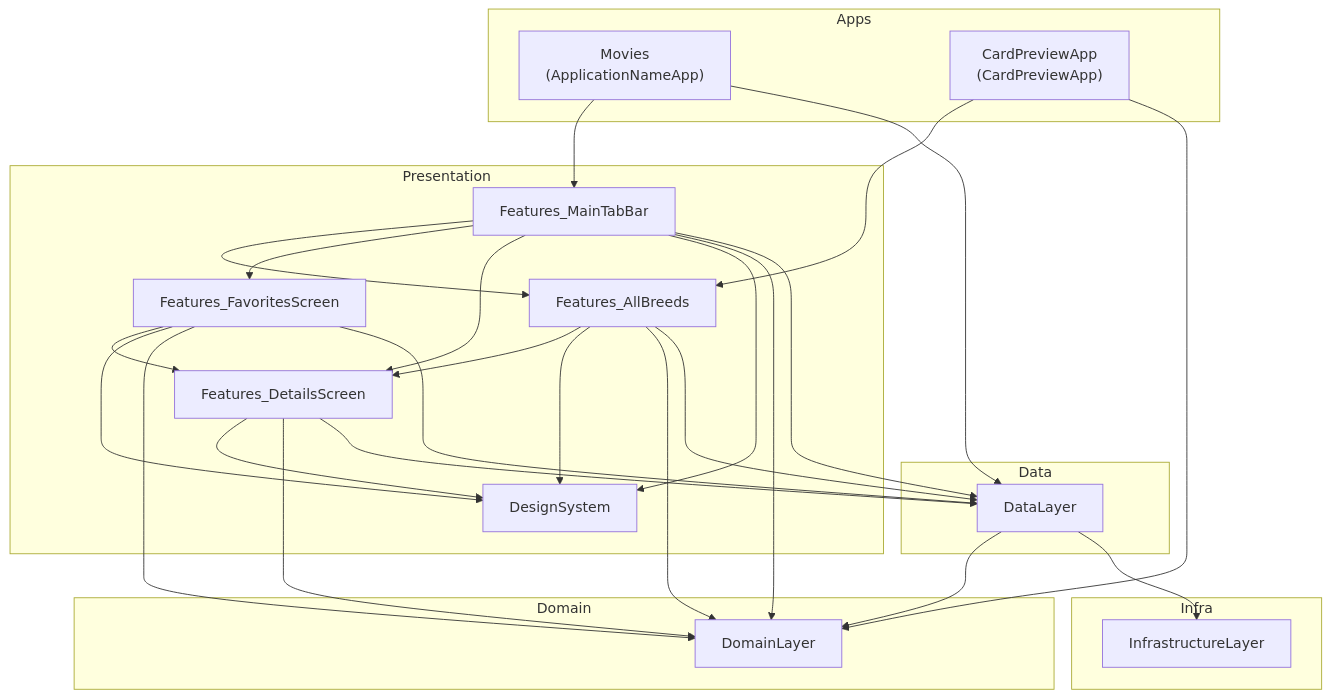
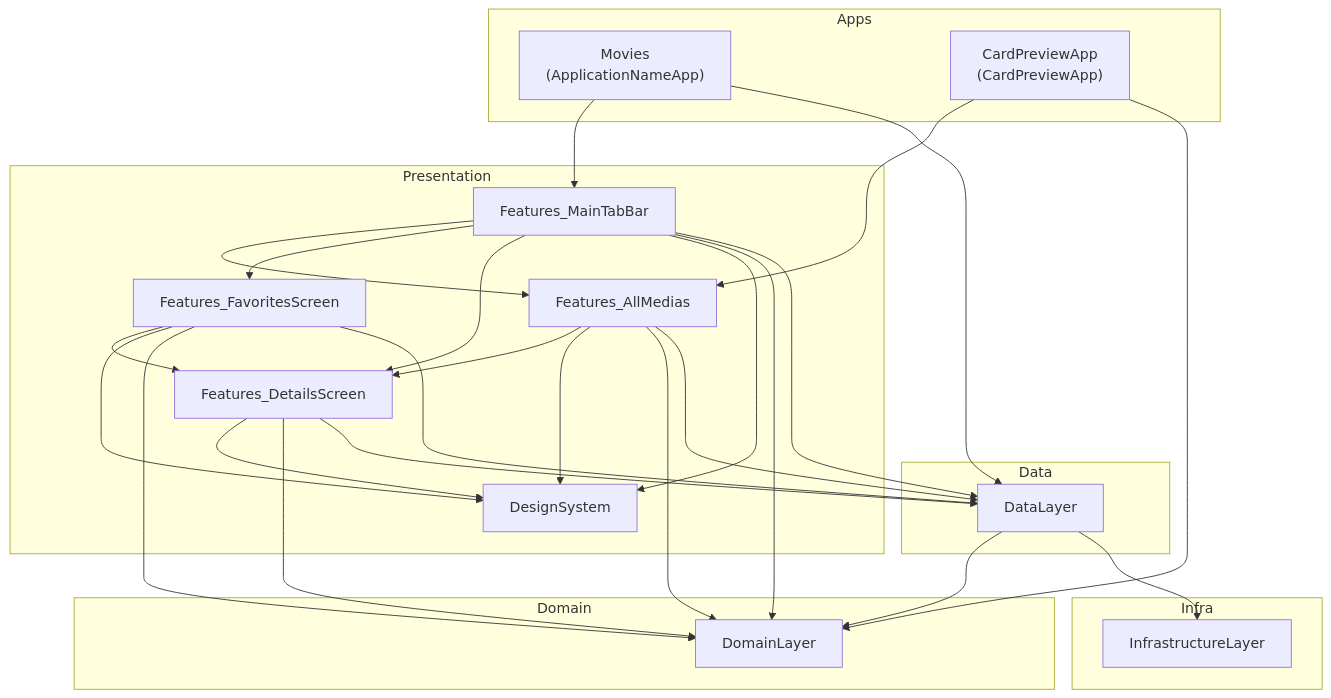
The first of 10 diagrams in docs/architecture.md (fuxlud/Movies), drawn with Mermaid before and after one commit. The commit also changed other lines of this file and 40 other files, not shown here.

````diff
--- a/docs/architecture.md
+++ b/docs/architecture.md
@@ -7,57 +7,57 @@
 ```mermaid
 flowchart TB
   subgraph Apps
     MainApp["Movies\n(ApplicationNameApp)"]
     PreviewApp["CardPreviewApp\n(CardPreviewApp)"]
   end
 
   subgraph Presentation
     DesignSystem["DesignSystem"]
-    AllBreeds["Features_AllBreeds"]
+    AllMedias["Features_AllMedias"]
     Details["Features_DetailsScreen"]
     Favorites["Features_FavoritesScreen"]
     MainTab["Features_MainTabBar"]
   end
 
   subgraph Domain
     DomainLayer["DomainLayer"]
   end
 
   subgraph Data
     DataLayer["DataLayer"]
   end
 
   subgraph Infra
     InfraLayer["InfrastructureLayer"]
   end
 
   MainApp --> MainTab
   MainApp --> DataLayer
 
-  PreviewApp --> AllBreeds
+  PreviewApp --> AllMedias
   PreviewApp --> DomainLayer
 
-  MainTab --> AllBreeds
+  MainTab --> AllMedias
   MainTab --> Favorites
   MainTab --> Details
   MainTab --> DesignSystem
   MainTab --> DomainLayer
   MainTab --> DataLayer
 
-  AllBreeds --> Details
-  AllBreeds --> DesignSystem
-  AllBreeds --> DomainLayer
-  AllBreeds --> DataLayer
+  AllMedias --> Details
+  AllMedias --> DesignSystem
+  AllMedias --> DomainLayer
+  AllMedias --> DataLayer
 
   Favorites --> Details
   Favorites --> DesignSystem
   Favorites --> DomainLayer
   Favorites --> DataLayer
 
   Details --> DesignSystem
   Details --> DomainLayer
   Details --> DataLayer
 
   DataLayer --> DomainLayer
   DataLayer --> InfraLayer
 ```
````
